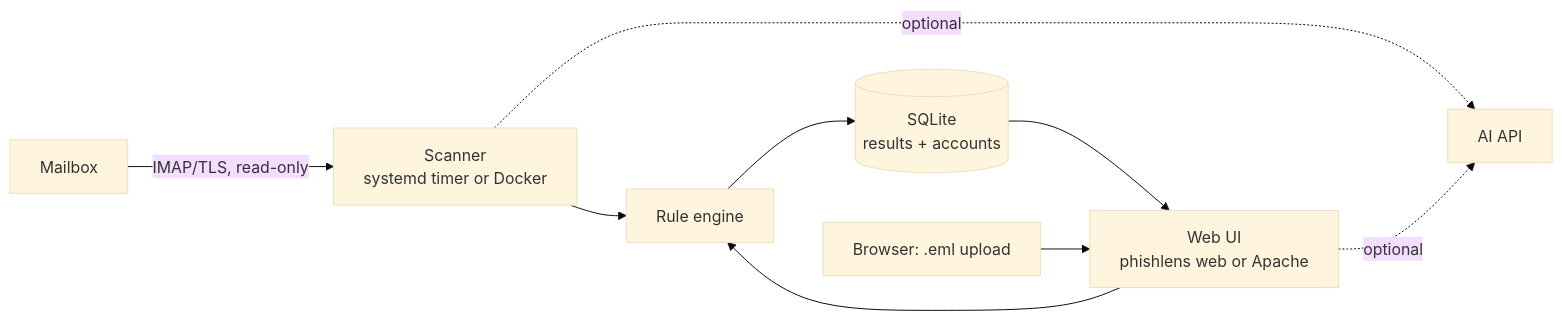
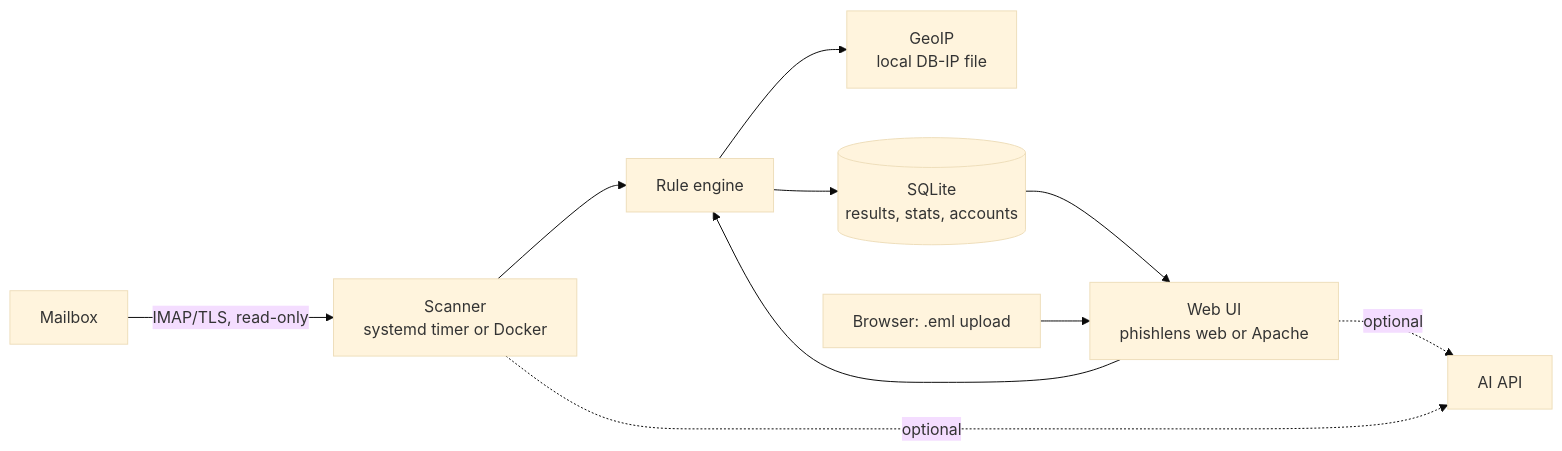
Before and after one commit to aelof1/phishlens: the diagram in README.md, drawn with Mermaid (base theme). The commit also changed other lines of this file and 18 other files, not shown here.

````diff
--- a/README.md
+++ b/README.md
@@ -38,11 +39,12 @@
 ```mermaid
 flowchart LR
     M[Mailbox] -- "IMAP/TLS, read-only" --> S[Scanner<br>systemd timer or Docker]
     S --> E[Rule engine]
-    E --> D[(SQLite<br>results + accounts)]
+    E --> G[GeoIP<br>local DB-IP file]
+    E --> D[(SQLite<br>results, stats, accounts)]
     D --> W[Web UI<br>phishlens web or Apache]
     U[Browser: .eml upload] --> W
     W --> E
     S -. optional .-> A[AI API]
     W -. optional .-> A
 ```
````
